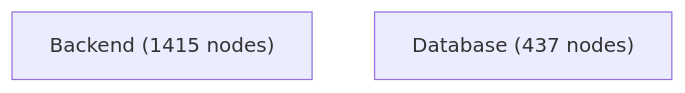
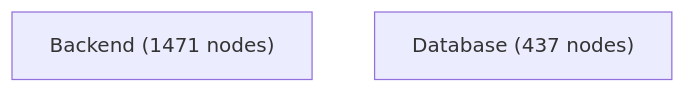
The diagram in docs/architecture-analysis/views/containers.mmd (jankneumann/agentic-coding-tools), drawn with Mermaid before and after one commit. The commit also changed 17 other files, not shown here.

```diff
--- a/docs/architecture-analysis/views/containers.mmd
+++ b/docs/architecture-analysis/views/containers.mmd
@@ -1,3 +1,3 @@
 flowchart TB
-    Backend["Backend (1415 nodes)"]
+    Backend["Backend (1471 nodes)"]
     Database["Database (437 nodes)"]
```
